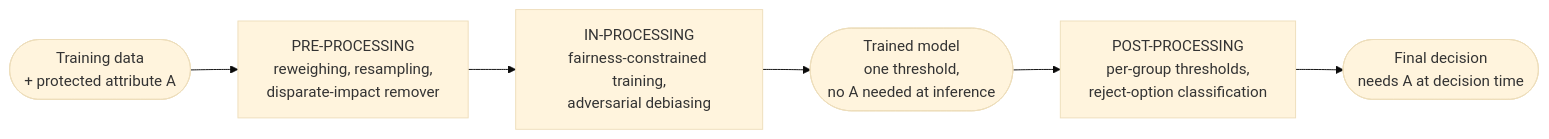
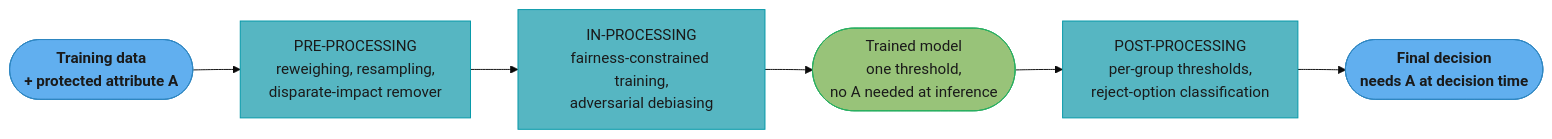
The first of 3 diagrams in src/main/java/com/rutik/systemdesign/ml/fairness_and_responsible_ai/fairness_and_responsible_ai.md (rppol/system-design), drawn with Mermaid (base theme) before and after one commit. The commit also changed other lines of this file and 38 other files, not shown here.

````diff
--- a/src/main/java/com/rutik/systemdesign/ml/fairness_and_responsible_ai/fairness_and_responsible_ai.md
+++ b/src/main/java/com/rutik/systemdesign/ml/fairness_and_responsible_ai/fairness_and_responsible_ai.md
@@ -133,8 +133,20 @@
 ```mermaid
 flowchart LR
+    classDef io      fill:#61afef,stroke:#2e86c1,color:#1a1a1a,font-weight:bold
+    classDef frozen  fill:#c678dd,stroke:#9b59b6,color:#fff
+    classDef train   fill:#98c379,stroke:#27ae60,color:#1a1a1a
+    classDef mathOp  fill:#d19a66,stroke:#e67e22,color:#1a1a1a,font-weight:bold
+    classDef lossN   fill:#e06c75,stroke:#c0392b,color:#fff,font-weight:bold
+    classDef req     fill:#56b6c2,stroke:#0097a7,color:#1a1a1a
+    classDef base    fill:#e5c07b,stroke:#f39c12,color:#1a1a1a
+
     data(["Training data\n+ protected attribute A"]) --> pre["PRE-PROCESSING\nreweighing, resampling,\ndisparate-impact remover"]
     pre --> inproc["IN-PROCESSING\nfairness-constrained training,\nadversarial debiasing"]
     inproc --> model(["Trained model\none threshold,\nno A needed at inference"])
     model --> post["POST-PROCESSING\nper-group thresholds,\nreject-option classification"]
     post --> decision(["Final decision\nneeds A at decision time"])
+
+    class data,decision io
+    class pre,inproc,post req
+    class model train
 ```
````
